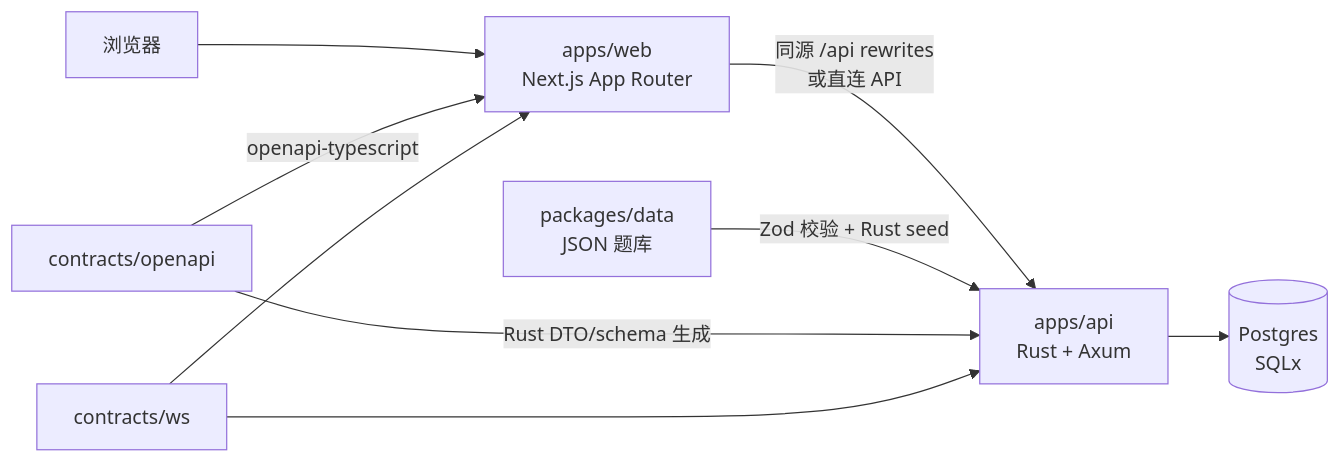
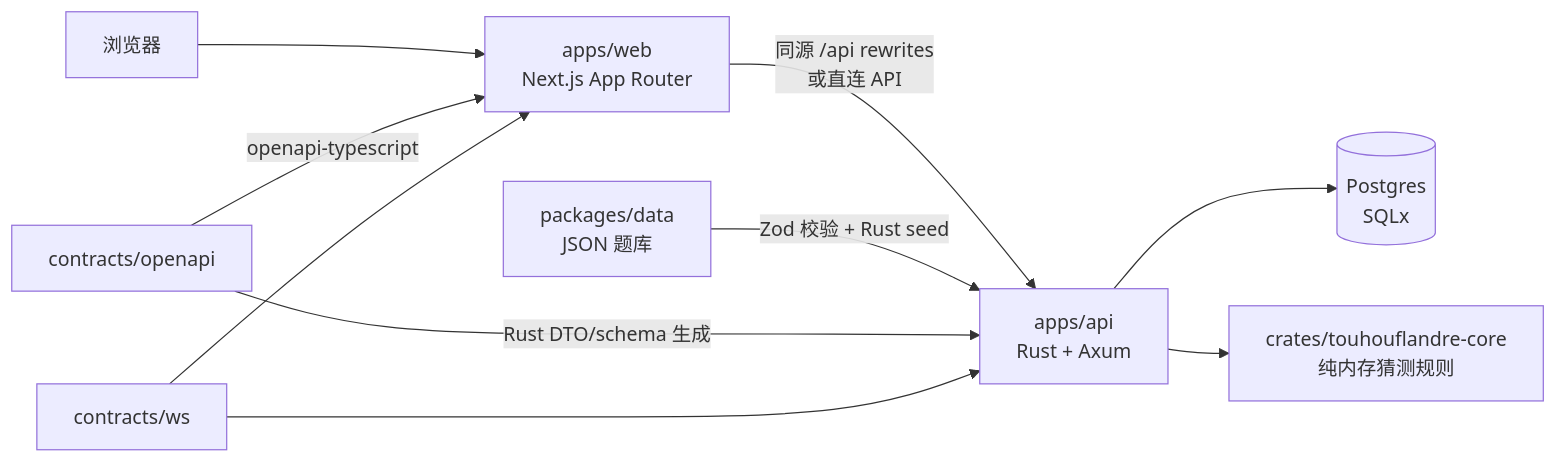
One commit to jachinzhang1/TouhouFlandre changed the first of 6 diagrams in docs/architecture.md. Above: the diagram before and after it, drawn with Mermaid. The commit also changed other lines of this file and 38 other files, not shown here.

Commit message:
refactor(api): extract reusable touhouflandre-core crate

````diff
--- a/docs/architecture.md
+++ b/docs/architecture.md
@@ -7,11 +7,12 @@
 ```mermaid
 flowchart LR
     U[浏览器] --> W[apps/web<br/>Next.js App Router]
     W -->|同源 /api rewrites<br/>或直连 API| A[apps/api<br/>Rust + Axum]
     A --> P[(Postgres<br/>SQLx)]
+    A --> G[crates/touhouflandre-core<br/>纯内存猜测规则]
     D[packages/data<br/>JSON 题库] -->|Zod 校验 + Rust seed| A
     O[contracts/openapi] -->|Rust DTO/schema 生成| A
     O -->|openapi-typescript| W
     S[contracts/ws] --> A
     S --> W
 ```
````
